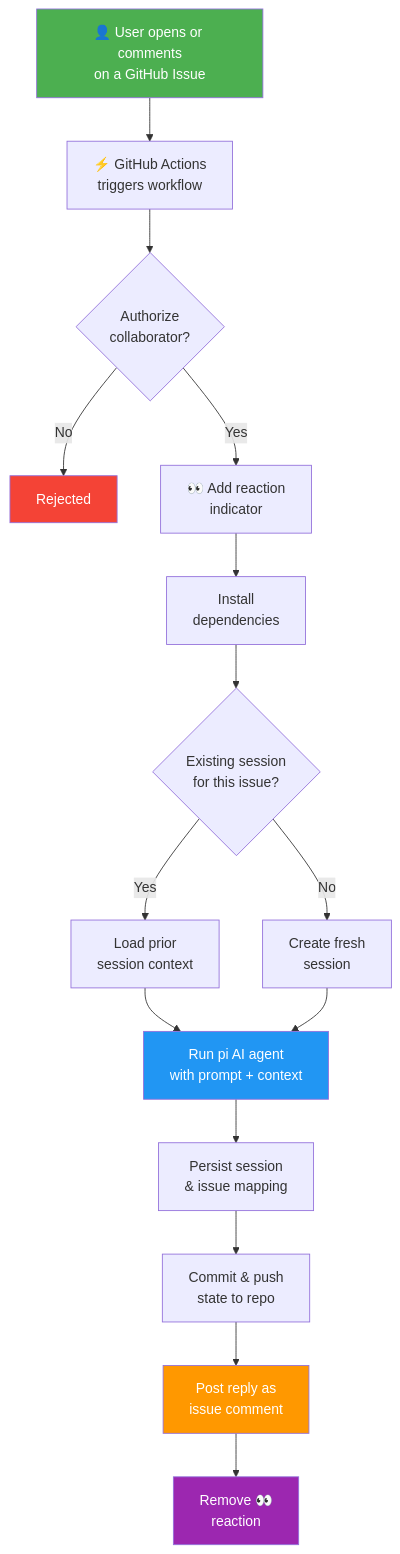
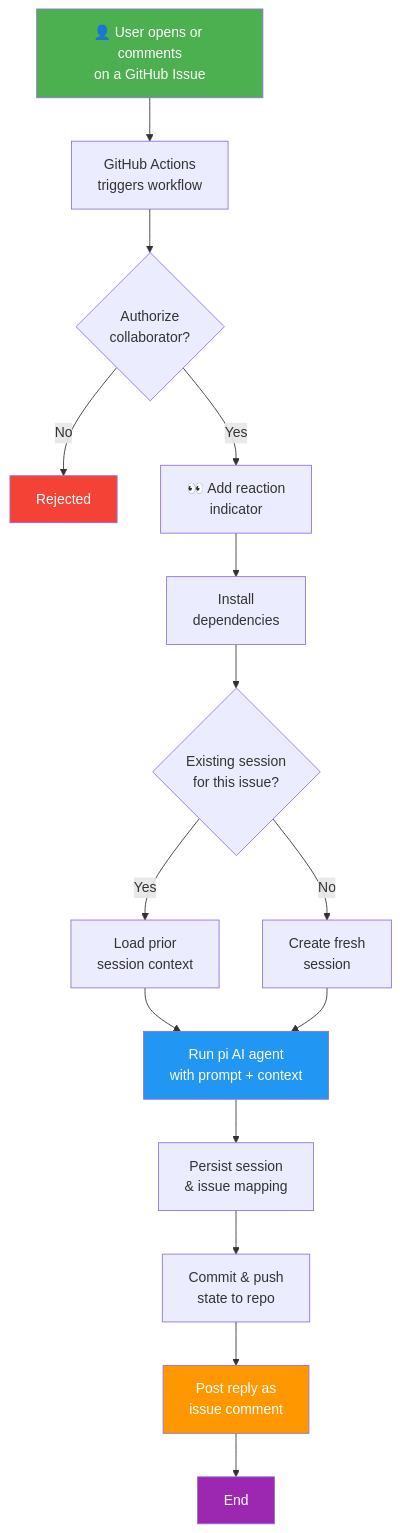
One commit to japer-technology/github-minimum-intelligence changed the diagram in README.md. Above: the diagram before and after it, drawn with Mermaid.

````diff
--- a/README.md
+++ b/README.md
@@ -37,23 +37,23 @@
 ```mermaid
 flowchart TD
-    A["👤 User opens or comments<br/>on a GitHub Issue"] --> B["⚡ GitHub Actions<br/>triggers workflow"]
+    A["👤 User opens or comments<br/>on a GitHub Issue"] --> B["GitHub Actions<br/>triggers workflow"]
     B --> C{"Authorize<br/>collaborator?"}
     C -- No --> D["Rejected"]
     C -- Yes --> E["👀 Add reaction<br/>indicator"]
     E --> F["Install<br/>dependencies"]
     F --> G{"Existing session<br/>for this issue?"}
     G -- Yes --> H["Load prior<br/>session context"]
     G -- No --> I["Create fresh<br/>session"]
     H --> J["Run pi AI agent<br/>with prompt + context"]
     I --> J
     J --> K["Persist session<br/>& issue mapping"]
     K --> L["Commit & push<br/>state to repo"]
     L --> M["Post reply as<br/>issue comment"]
-    M --> N["Remove 👀<br/>reaction"]
+    M --> N["End"]
 
     style A fill:#4CAF50,color:#fff
     style J fill:#2196F3,color:#fff
     style M fill:#FF9800,color:#fff
     style D fill:#f44336,color:#fff
     style N fill:#9C27B0,color:#fff
 ```
````
